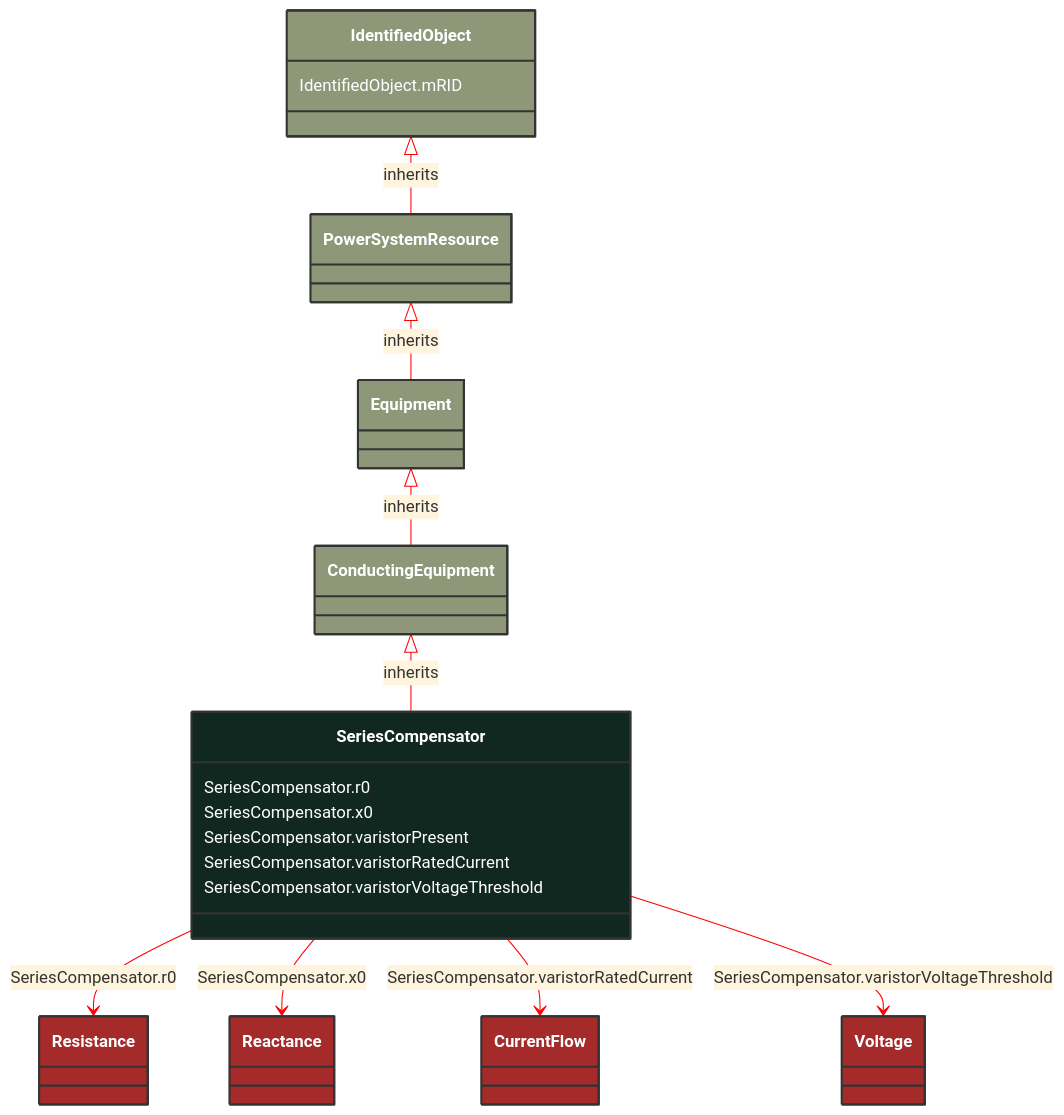
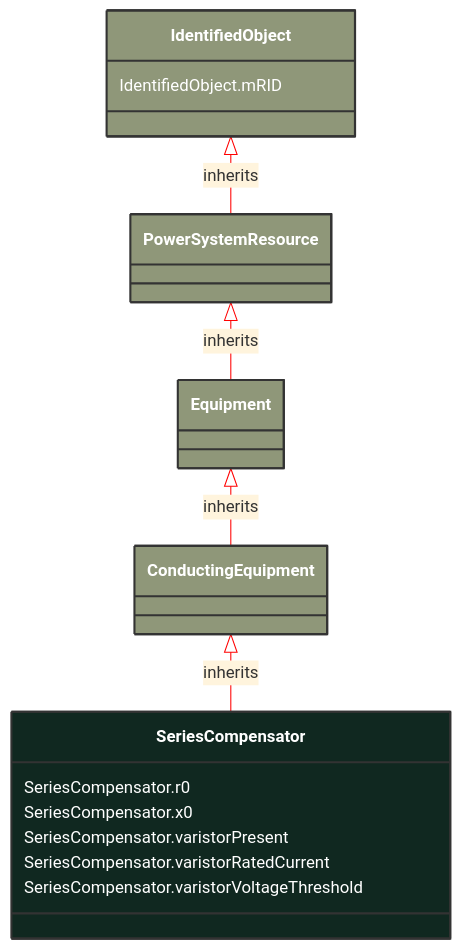
One commit to 3lbits/NoCIMExtensions changed the diagram in docs/Models/Profiles/ShortCircuit/ConcreteClasses/SeriesCompensator.md. Above: the diagram before and after it, drawn with Mermaid. The commit also changed other lines of this file and 397 other files, not shown here.

First line of the commit message:
Refactor CIM schemas to introduce abstract classes and consolidate data types

````diff
--- a/docs/Models/Profiles/ShortCircuit/ConcreteClasses/SeriesCompensator.md
+++ b/docs/Models/Profiles/ShortCircuit/ConcreteClasses/SeriesCompensator.md
@@ -8,52 +8,32 @@
 ```mermaid
 %%{init: {'theme':'base','themeVariables': {'lineColor': '#FF0000'}}}%%
 classDiagram
     class SeriesCompensator
     click SeriesCompensator href "/Models/Profiles/ShortCircuit/ConcreteClasses/SeriesCompensator/"
     style SeriesCompensator fill:#102820,stroke:#333,stroke-width:2px,rx:10,ry:10,color:white
      
         ConductingEquipment <|-- SeriesCompensator : inherits
-            click ConductingEquipment href "/Models/Profiles/ShortCircuit/ConcreteClasses/ConductingEquipment/"
+            click ConductingEquipment href "/Models/Profiles/ShortCircuit/AbstractClasses/ConductingEquipment/"
             style ConductingEquipment fill:#8F9779,stroke:#333,stroke-width:2px,rx:10,ry:10,color:white
      
         Equipment <|-- ConductingEquipment : inherits
-            click Equipment href "/Models/Profiles/ShortCircuit/ConcreteClasses/Equipment/"
+            click Equipment href "/Models/Profiles/ShortCircuit/AbstractClasses/Equipment/"
             style Equipment fill:#8F9779,stroke:#333,stroke-width:2px,rx:10,ry:10,color:white
      
         PowerSystemResource <|-- Equipment : inherits
-            click PowerSystemResource href "/Models/Profiles/ShortCircuit/ConcreteClasses/PowerSystemResource/"
+            click PowerSystemResource href "/Models/Profiles/ShortCircuit/AbstractClasses/PowerSystemResource/"
             style PowerSystemResource fill:#8F9779,stroke:#333,stroke-width:2px,rx:10,ry:10,color:white
      
         IdentifiedObject <|-- PowerSystemResource : inherits
-            click IdentifiedObject href "/Models/Profiles/ShortCircuit/ConcreteClasses/IdentifiedObject/"
+            click IdentifiedObject href "/Models/Profiles/ShortCircuit/AbstractClasses/IdentifiedObject/"
             style IdentifiedObject fill:#8F9779,stroke:#333,stroke-width:2px,rx:10,ry:10,color:white
 
-        SeriesCompensator --> Resistance : SeriesCompensator.r0
-
-        Resistance
-            click Resistance href "/Models/Profiles/ShortCircuit/ConcreteClasses/Resistance/"
-            style Resistance fill:#A52A2A,stroke:#333,stroke-width:2px,rx:10,ry:10,color:white
-        SeriesCompensator --> Reactance : SeriesCompensator.x0
-
-        Reactance
-            click Reactance href "/Models/Profiles/ShortCircuit/ConcreteClasses/Reactance/"
-            style Reactance fill:#A52A2A,stroke:#333,stroke-width:2px,rx:10,ry:10,color:white
-        SeriesCompensator --> CurrentFlow : SeriesCompensator.varistorRatedCurrent
-
-        CurrentFlow
-            click CurrentFlow href "/Models/Profiles/ShortCircuit/ConcreteClasses/CurrentFlow/"
-            style CurrentFlow fill:#A52A2A,stroke:#333,stroke-width:2px,rx:10,ry:10,color:white
-        SeriesCompensator --> Voltage : SeriesCompensator.varistorVoltageThreshold
-
-        Voltage
-            click Voltage href "/Models/Profiles/ShortCircuit/ConcreteClasses/Voltage/"
-            style Voltage fill:#A52A2A,stroke:#333,stroke-width:2px,rx:10,ry:10,color:white
 
 
         SeriesCompensator : SeriesCompensator.r0
         SeriesCompensator : SeriesCompensator.x0
         SeriesCompensator : SeriesCompensator.varistorPresent
         SeriesCompensator : SeriesCompensator.varistorRatedCurrent
         SeriesCompensator : SeriesCompensator.varistorVoltageThreshold
         IdentifiedObject : IdentifiedObject.mRID
 ```
````
